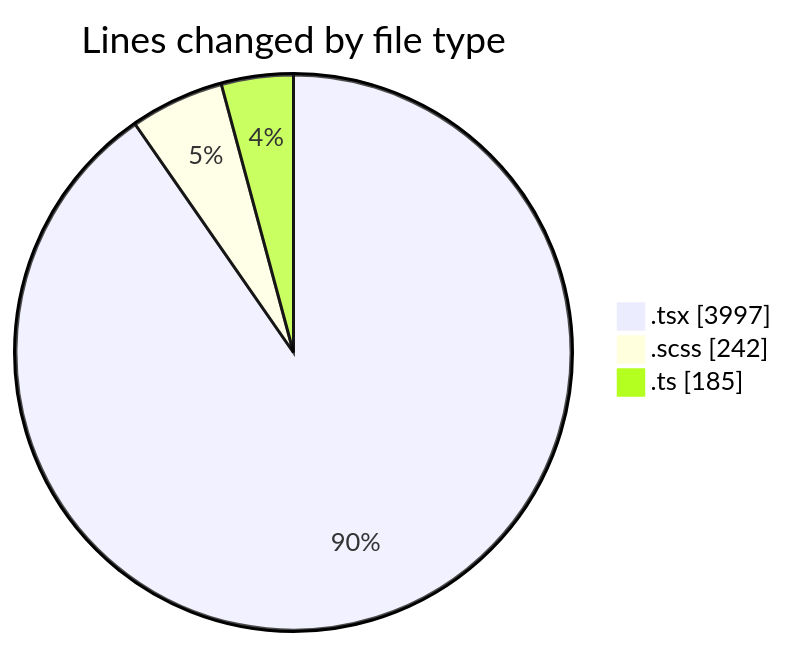
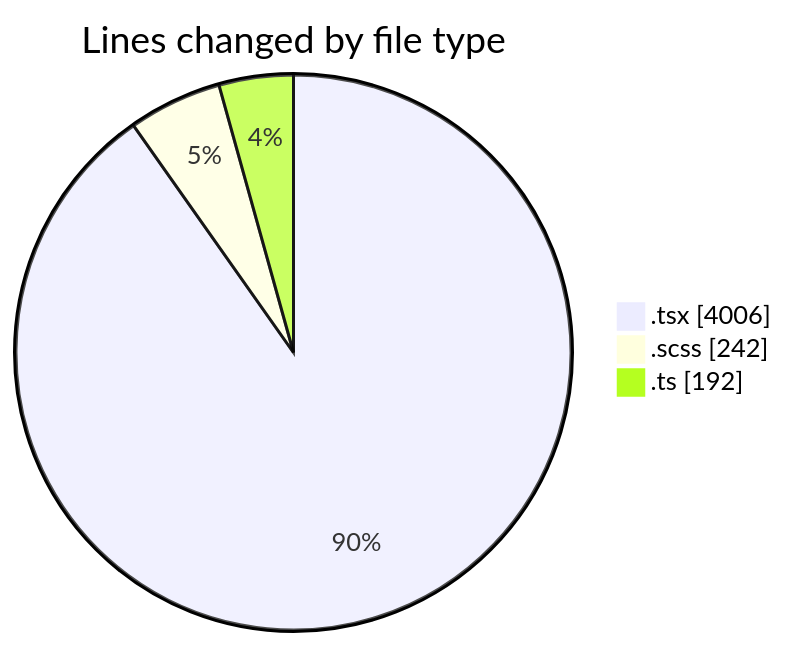
The first of 2 diagrams in 2025-07-03/cda/README.md (momahboobian/code-tracking), drawn with Mermaid before and after one commit. The commit also changed other lines of this file and 1 other file, not shown here.

````diff
--- a/2025-07-03/cda/README.md
+++ b/2025-07-03/cda/README.md
@@ -37,7 +37,7 @@
 ```mermaid
 pie showData
 title Lines changed by file type
-".tsx" : 3997
+".tsx" : 4006
 ".scss" : 242
-".ts" : 185
+".ts" : 192
 ```
````
